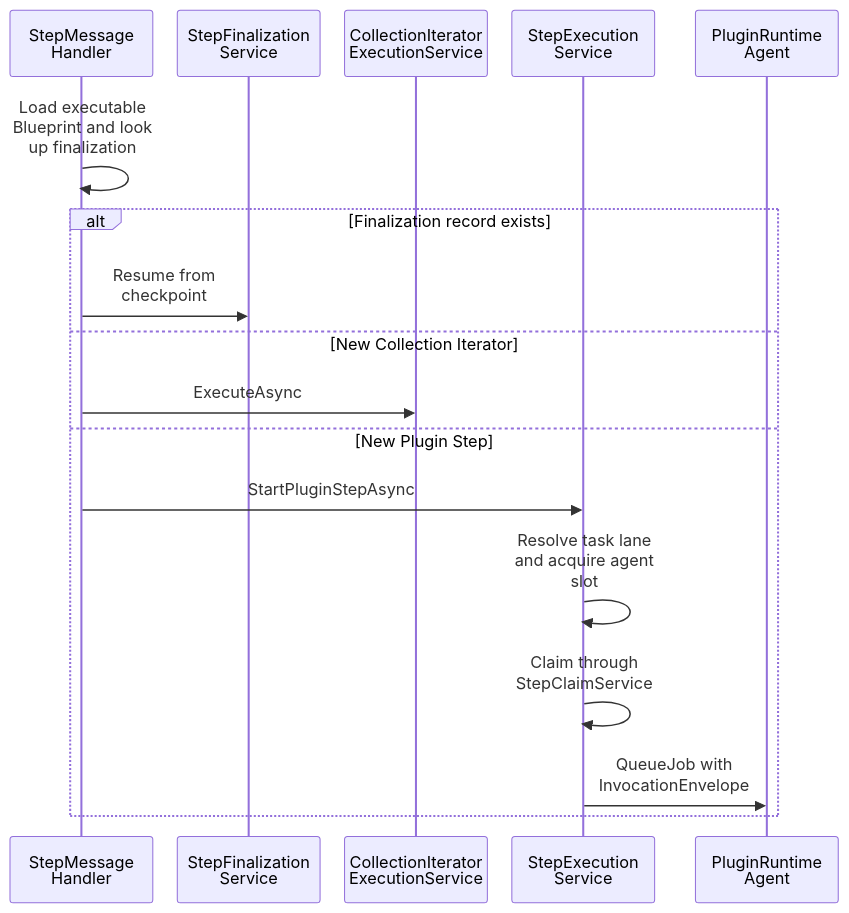
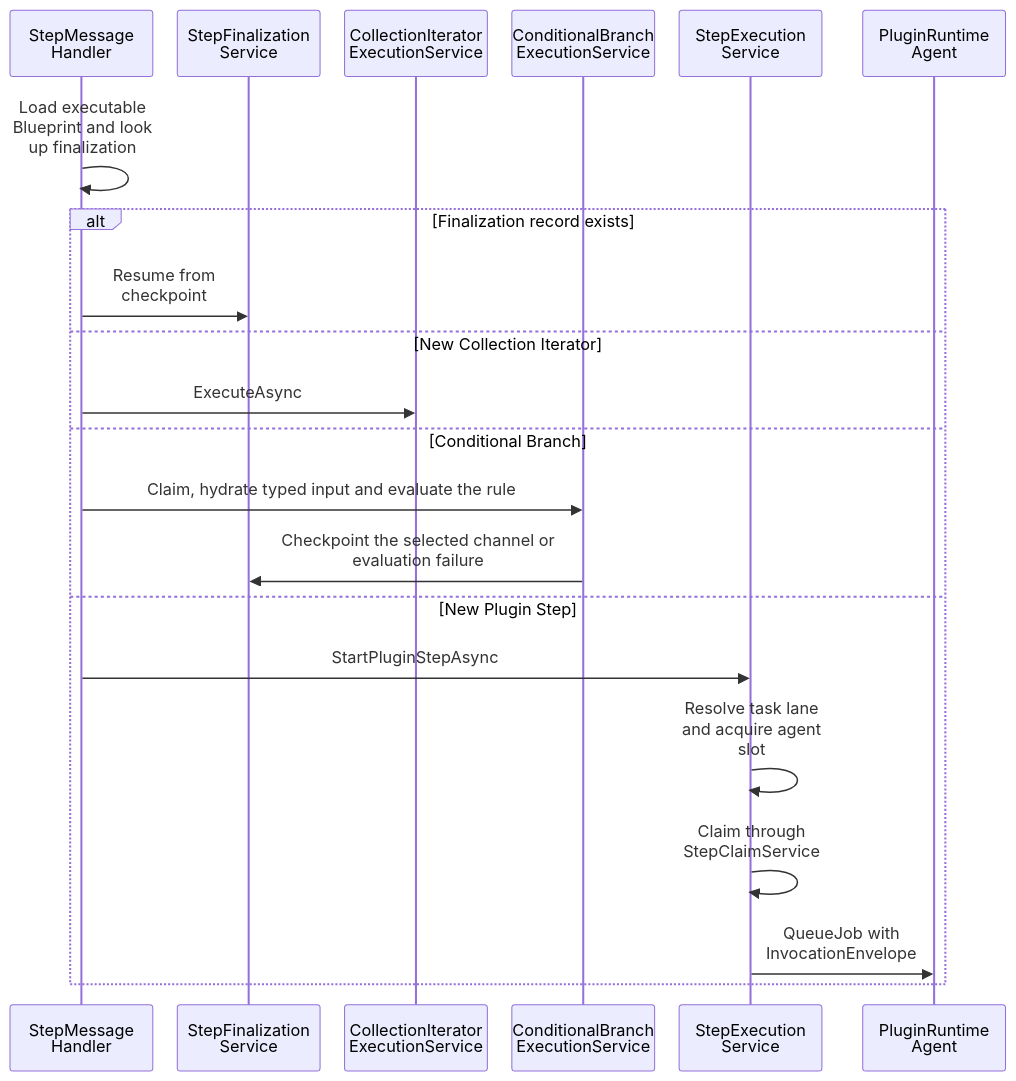
One commit to D-O-M/workflow-builder changed the first of 3 diagrams in Docs/architecture/engine-execution.md. Above: the diagram before and after it, drawn with Mermaid. The commit also changed other lines of this file and 101 other files, not shown here.

First line of the commit message:
feat: add native Conditional Branch authoring and execution

````diff
--- a/Docs/architecture/engine-execution.md
+++ b/Docs/architecture/engine-execution.md
@@ -11,26 +11,30 @@
 ```mermaid
 ---
 config:
   sequence:
     wrap: true
     width: 140
     actorMargin: 24
 ---
 sequenceDiagram
   participant H as StepMessage<br/>Handler
   participant F as StepFinalization<br/>Service
   participant I as CollectionIterator<br/>ExecutionService
+  participant B as ConditionalBranch<br/>ExecutionService
   participant E as StepExecution<br/>Service
   participant A as PluginRuntime<br/>Agent
   H->>H: Load executable Blueprint and look up finalization
   alt Finalization record exists
     H->>F: Resume from checkpoint
   else New Collection Iterator
     H->>I: ExecuteAsync
+  else Conditional Branch
+    H->>B: Claim, hydrate typed input and evaluate the rule
+    B->>F: Checkpoint the selected channel or evaluation failure
   else New Plugin Step
     H->>E: StartPluginStepAsync
     E->>E: Resolve task lane and acquire agent slot
     E->>E: Claim through StepClaimService
     E->>A: QueueJob with InvocationEnvelope
   end
 ```
````
